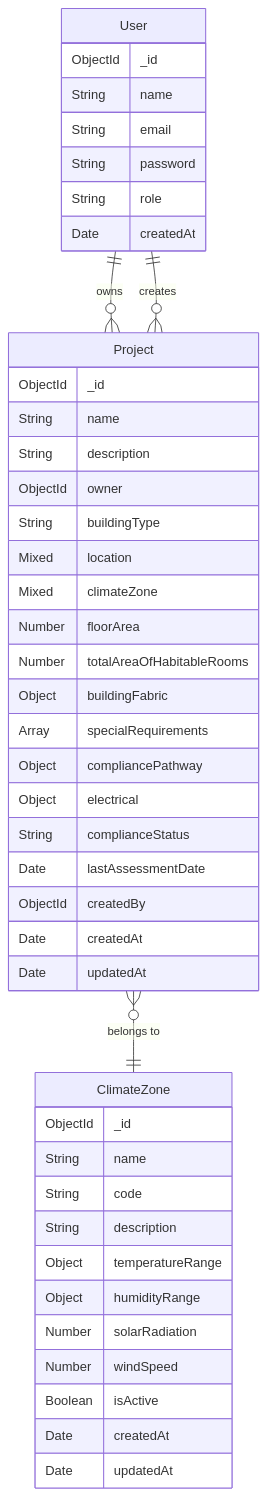
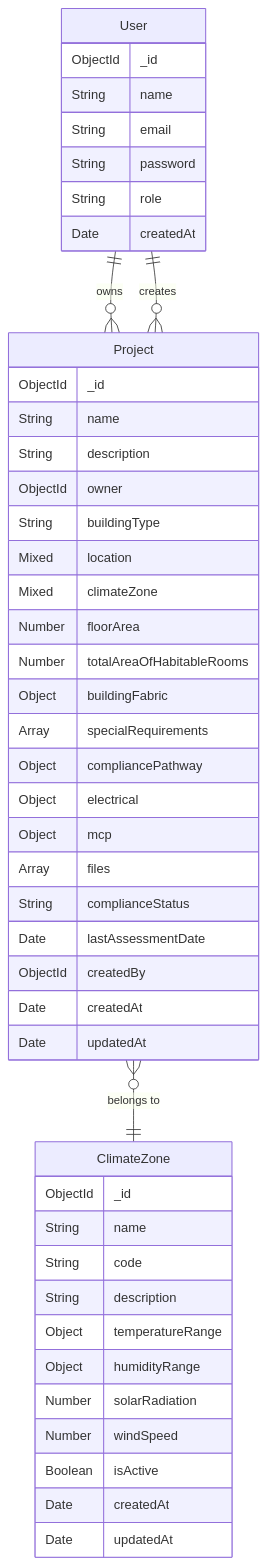
One commit to infernoalert/nccjsectioncompliencechecker changed the diagram in backend/UML/database-structure.md. Above: the diagram before and after it, drawn with Mermaid. The commit also changed other lines of this file and 38 other files, not shown here.

Commit message:
MCP Concept, Logical UML Development

````diff
--- a/backend/UML/database-structure.md
+++ b/backend/UML/database-structure.md
@@ -5,50 +5,52 @@
 ```mermaid
 erDiagram
     User {
         ObjectId _id
         String name
         String email
         String password
         String role
         Date createdAt
     }
 
     Project {
         ObjectId _id
         String name
         String description
         ObjectId owner
         String buildingType
         Mixed location
         Mixed climateZone
         Number floorArea
         Number totalAreaOfHabitableRooms
         Object buildingFabric
         Array specialRequirements
         Object compliancePathway
         Object electrical
+        Object mcp
+        Array files
         String complianceStatus
         Date lastAssessmentDate
         ObjectId createdBy
         Date createdAt
         Date updatedAt
     }
 
     ClimateZone {
         ObjectId _id
         String name
         String code
         String description
         Object temperatureRange
         Object humidityRange
         Number solarRadiation
         Number windSpeed
         Boolean isActive
         Date createdAt
         Date updatedAt
     }
 
     User ||--o{ Project : "owns"
     User ||--o{ Project : "creates"
     Project }o--|| ClimateZone : "belongs to"
 ```
````
